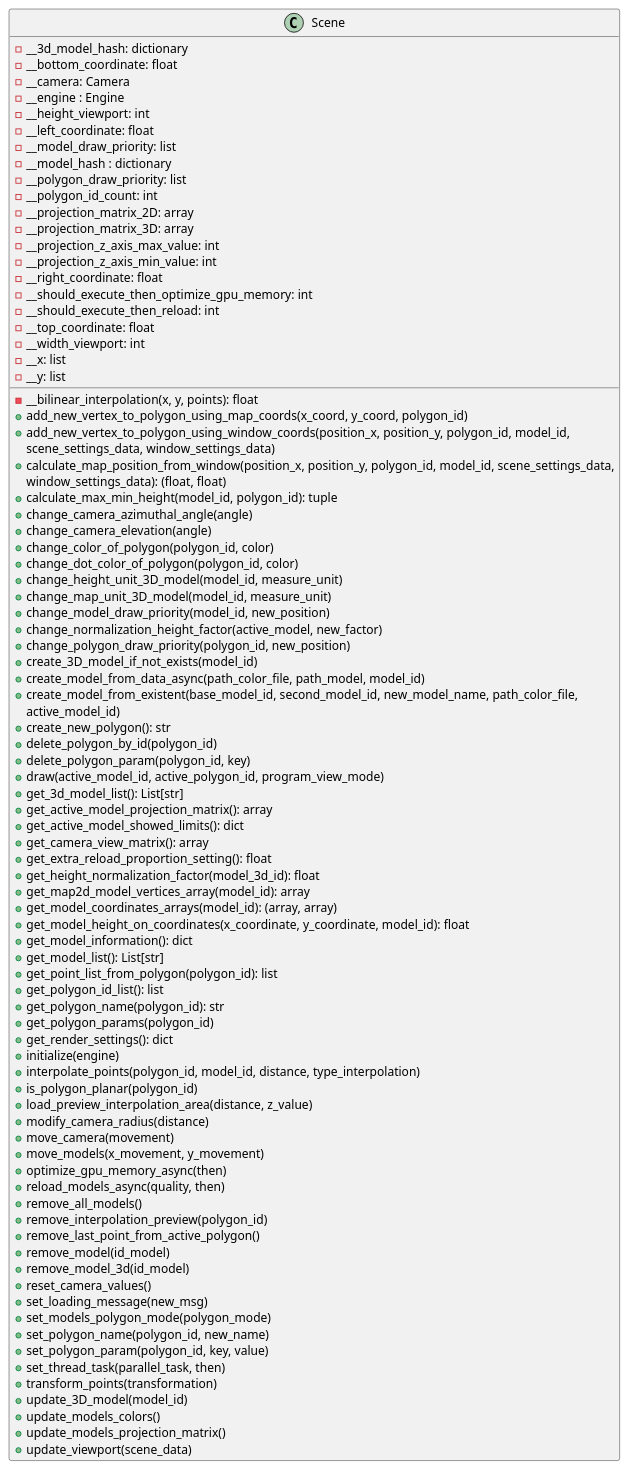
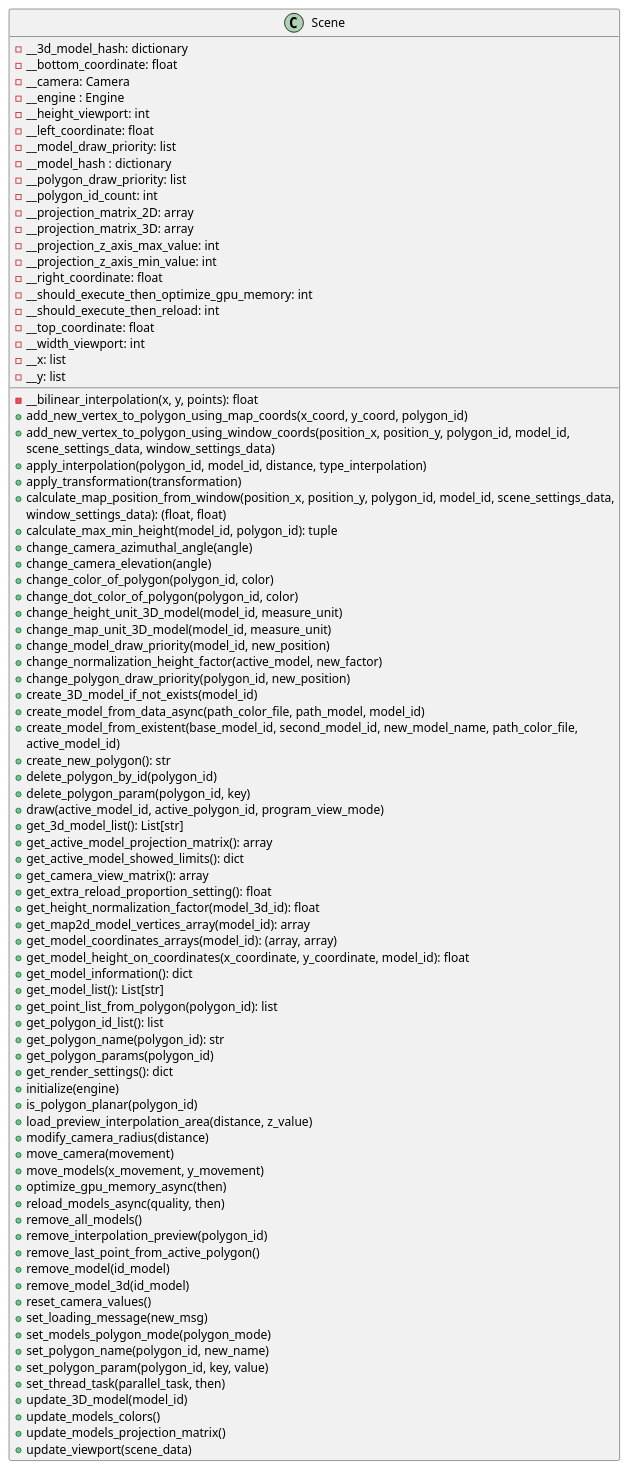
The diagram in docs/classes/Scene.puml (ferpoble2/Relief_Creator), drawn with PlantUML before and after one commit. The commit also changed 16 other files, not shown here.

```diff
--- a/docs/classes/Scene.puml
+++ b/docs/classes/Scene.puml
@@ -1,91 +1,91 @@
 @startuml
-            class Scene{
-                - __bilinear_interpolation(x, y, points): float
-                + add_new_vertex_to_polygon_using_map_coords(x_coord, y_coord, polygon_id)
-                + add_new_vertex_to_polygon_using_window_coords(position_x, position_y, polygon_id, model_id,
-                                                                scene_settings_data, window_settings_data)
-                + calculate_map_position_from_window(position_x, position_y, polygon_id, model_id, scene_settings_data,
-                                                       window_settings_data): (float, float)
-                + calculate_max_min_height(model_id, polygon_id): tuple
-                + change_camera_azimuthal_angle(angle)
-                + change_camera_elevation(angle)
-                + change_color_of_polygon(polygon_id, color)
-                + change_dot_color_of_polygon(polygon_id, color)
-                + change_height_unit_3D_model(model_id, measure_unit)
-                + change_map_unit_3D_model(model_id, measure_unit)
-                + change_model_draw_priority(model_id, new_position)
-                + change_normalization_height_factor(active_model, new_factor)
-                + change_polygon_draw_priority(polygon_id, new_position)
-                + create_3D_model_if_not_exists(model_id)
-                + create_model_from_data_async(path_color_file, path_model, model_id)
-                + create_model_from_existent(base_model_id, second_model_id, new_model_name, path_color_file,
-                                              active_model_id)
-                + create_new_polygon(): str
-                + delete_polygon_by_id(polygon_id)
-                + delete_polygon_param(polygon_id, key)
-                + draw(active_model_id, active_polygon_id, program_view_mode)
-                + get_3d_model_list(): List[str]
-                + get_active_model_projection_matrix(): array
-                + get_active_model_showed_limits(): dict
-                + get_camera_view_matrix(): array
-                + get_extra_reload_proportion_setting(): float
-                + get_height_normalization_factor(model_3d_id): float
-                + get_map2d_model_vertices_array(model_id): array
-                + get_model_coordinates_arrays(model_id): (array, array)
-                + get_model_height_on_coordinates(x_coordinate, y_coordinate, model_id): float
-                + get_model_information(): dict
-                + get_model_list(): List[str]
-                + get_point_list_from_polygon(polygon_id): list
-                + get_polygon_id_list(): list
-                + get_polygon_name(polygon_id): str
-                + get_polygon_params(polygon_id)
-                + get_render_settings(): dict
-                + initialize(engine)
-                + interpolate_points(polygon_id, model_id, distance, type_interpolation)
-                + is_polygon_planar(polygon_id)
-                + load_preview_interpolation_area(distance, z_value)
-                + modify_camera_radius(distance)
-                + move_camera(movement)
-                + move_models(x_movement, y_movement)
-                + optimize_gpu_memory_async(then)
-                + reload_models_async(quality, then)
-                + remove_all_models()
-                + remove_interpolation_preview(polygon_id)
-                + remove_last_point_from_active_polygon()
-                + remove_model(id_model)
-                + remove_model_3d(id_model)
-                + reset_camera_values()
-                + set_loading_message(new_msg)
-                + set_models_polygon_mode(polygon_mode)
-                + set_polygon_name(polygon_id, new_name)
-                + set_polygon_param(polygon_id, key, value)
-                + set_thread_task(parallel_task, then)
-                + transform_points(transformation)
-                + update_3D_model(model_id)
-                + update_models_colors()
-                + update_models_projection_matrix()
-                + update_viewport(scene_data)
+    class Scene{
+        - __bilinear_interpolation(x, y, points): float
+        + add_new_vertex_to_polygon_using_map_coords(x_coord, y_coord, polygon_id)
+        + add_new_vertex_to_polygon_using_window_coords(position_x, position_y, polygon_id, model_id,
+                                                        scene_settings_data, window_settings_data)
+        + apply_interpolation(polygon_id, model_id, distance, type_interpolation)
+        + apply_transformation(transformation)
+        + calculate_map_position_from_window(position_x, position_y, polygon_id, model_id, scene_settings_data,
+                                               window_settings_data): (float, float)
+        + calculate_max_min_height(model_id, polygon_id): tuple
+        + change_camera_azimuthal_angle(angle)
+        + change_camera_elevation(angle)
+        + change_color_of_polygon(polygon_id, color)
+        + change_dot_color_of_polygon(polygon_id, color)
+        + change_height_unit_3D_model(model_id, measure_unit)
+        + change_map_unit_3D_model(model_id, measure_unit)
+        + change_model_draw_priority(model_id, new_position)
+        + change_normalization_height_factor(active_model, new_factor)
+        + change_polygon_draw_priority(polygon_id, new_position)
+        + create_3D_model_if_not_exists(model_id)
+        + create_model_from_data_async(path_color_file, path_model, model_id)
+        + create_model_from_existent(base_model_id, second_model_id, new_model_name, path_color_file,
+                                      active_model_id)
+        + create_new_polygon(): str
+        + delete_polygon_by_id(polygon_id)
+        + delete_polygon_param(polygon_id, key)
+        + draw(active_model_id, active_polygon_id, program_view_mode)
+        + get_3d_model_list(): List[str]
+        + get_active_model_projection_matrix(): array
+        + get_active_model_showed_limits(): dict
+        + get_camera_view_matrix(): array
+        + get_extra_reload_proportion_setting(): float
+        + get_height_normalization_factor(model_3d_id): float
+        + get_map2d_model_vertices_array(model_id): array
+        + get_model_coordinates_arrays(model_id): (array, array)
+        + get_model_height_on_coordinates(x_coordinate, y_coordinate, model_id): float
+        + get_model_information(): dict
+        + get_model_list(): List[str]
+        + get_point_list_from_polygon(polygon_id): list
+        + get_polygon_id_list(): list
+        + get_polygon_name(polygon_id): str
+        + get_polygon_params(polygon_id)
+        + get_render_settings(): dict
+        + initialize(engine)
+        + is_polygon_planar(polygon_id)
+        + load_preview_interpolation_area(distance, z_value)
+        + modify_camera_radius(distance)
+        + move_camera(movement)
+        + move_models(x_movement, y_movement)
+        + optimize_gpu_memory_async(then)
+        + reload_models_async(quality, then)
+        + remove_all_models()
+        + remove_interpolation_preview(polygon_id)
+        + remove_last_point_from_active_polygon()
+        + remove_model(id_model)
+        + remove_model_3d(id_model)
+        + reset_camera_values()
+        + set_loading_message(new_msg)
+        + set_models_polygon_mode(polygon_mode)
+        + set_polygon_name(polygon_id, new_name)
+        + set_polygon_param(polygon_id, key, value)
+        + set_thread_task(parallel_task, then)
+        + update_3D_model(model_id)
+        + update_models_colors()
+        + update_models_projection_matrix()
+        + update_viewport(scene_data)
 
-                - __3d_model_hash: dictionary
-                - __bottom_coordinate: float
-                - __camera: Camera
-                - __engine : Engine
-                - __height_viewport: int
-                - __left_coordinate: float
-                - __model_draw_priority: list
-                - __model_hash : dictionary
-                - __polygon_draw_priority: list
-                - __polygon_id_count: int
-                - __projection_matrix_2D: array
-                - __projection_matrix_3D: array
-                - __projection_z_axis_max_value: int
-                - __projection_z_axis_min_value: int
-                - __right_coordinate: float
-                - __should_execute_then_optimize_gpu_memory: int
-                - __should_execute_then_reload: int
-                - __top_coordinate: float
-                - __width_viewport: int
-                - __x: list
-                - __y: list
-            }
+        - __3d_model_hash: dictionary
+        - __bottom_coordinate: float
+        - __camera: Camera
+        - __engine : Engine
+        - __height_viewport: int
+        - __left_coordinate: float
+        - __model_draw_priority: list
+        - __model_hash : dictionary
+        - __polygon_draw_priority: list
+        - __polygon_id_count: int
+        - __projection_matrix_2D: array
+        - __projection_matrix_3D: array
+        - __projection_z_axis_max_value: int
+        - __projection_z_axis_min_value: int
+        - __right_coordinate: float
+        - __should_execute_then_optimize_gpu_memory: int
+        - __should_execute_then_reload: int
+        - __top_coordinate: float
+        - __width_viewport: int
+        - __x: list
+        - __y: list
+    }
 @enduml
```
